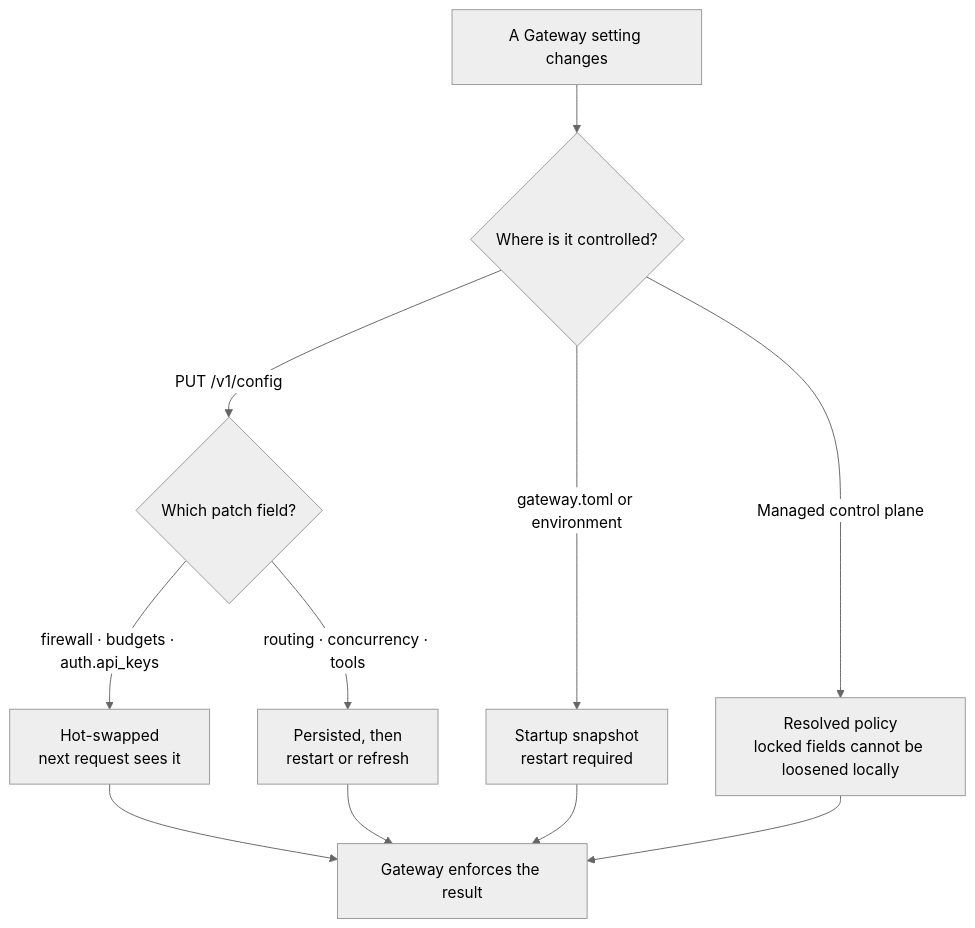
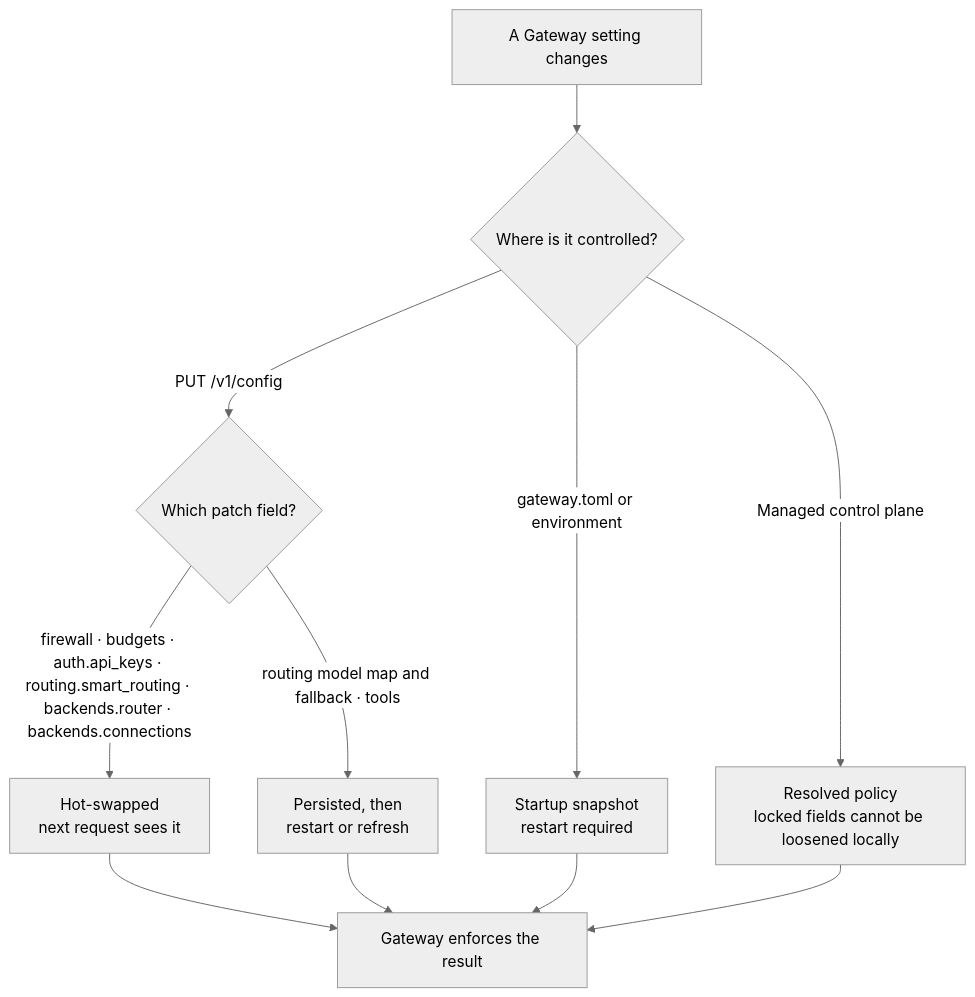
Before and after one commit to amajorai/ryu-docs: the diagram in content/docs/gateway/configuration-api.mdx, drawn with Mermaid (neutral theme). The commit also changed other lines of this file and 2538 other files, not shown here.

````diff
--- a/content/docs/gateway/configuration-api.mdx
+++ b/content/docs/gateway/configuration-api.mdx
@@ -55,13 +56,13 @@
 ```mermaid
 flowchart TD
   CHANGE["A Gateway setting changes"] --> SURFACE{"Where is it controlled?"}
   SURFACE -->|"PUT /v1/config"| PATCH{"Which patch field?"}
-  PATCH -->|"firewall · budgets · auth.api_keys"| LIVE["Hot-swapped\nnext request sees it"]
-  PATCH -->|"routing · concurrency · tools"| RESTART["Persisted, then\nrestart or refresh"]
+  PATCH -->|"firewall · budgets · auth.api_keys · routing.smart_routing · backends.router · backends.connections"| LIVE["Hot-swapped\nnext request sees it"]
+  PATCH -->|"routing model map and fallback · tools"| RESTART["Persisted, then\nrestart or refresh"]
   SURFACE -->|"gateway.toml or environment"| STARTUP["Startup snapshot\nrestart required"]
   SURFACE -->|"Managed control plane"| LOCKED["Resolved policy\nlocked fields cannot be loosened locally"]
   LIVE --> RESULT["Gateway enforces the result"]
   RESTART --> RESULT
   STARTUP --> RESULT
   LOCKED --> RESULT
 ```
````
